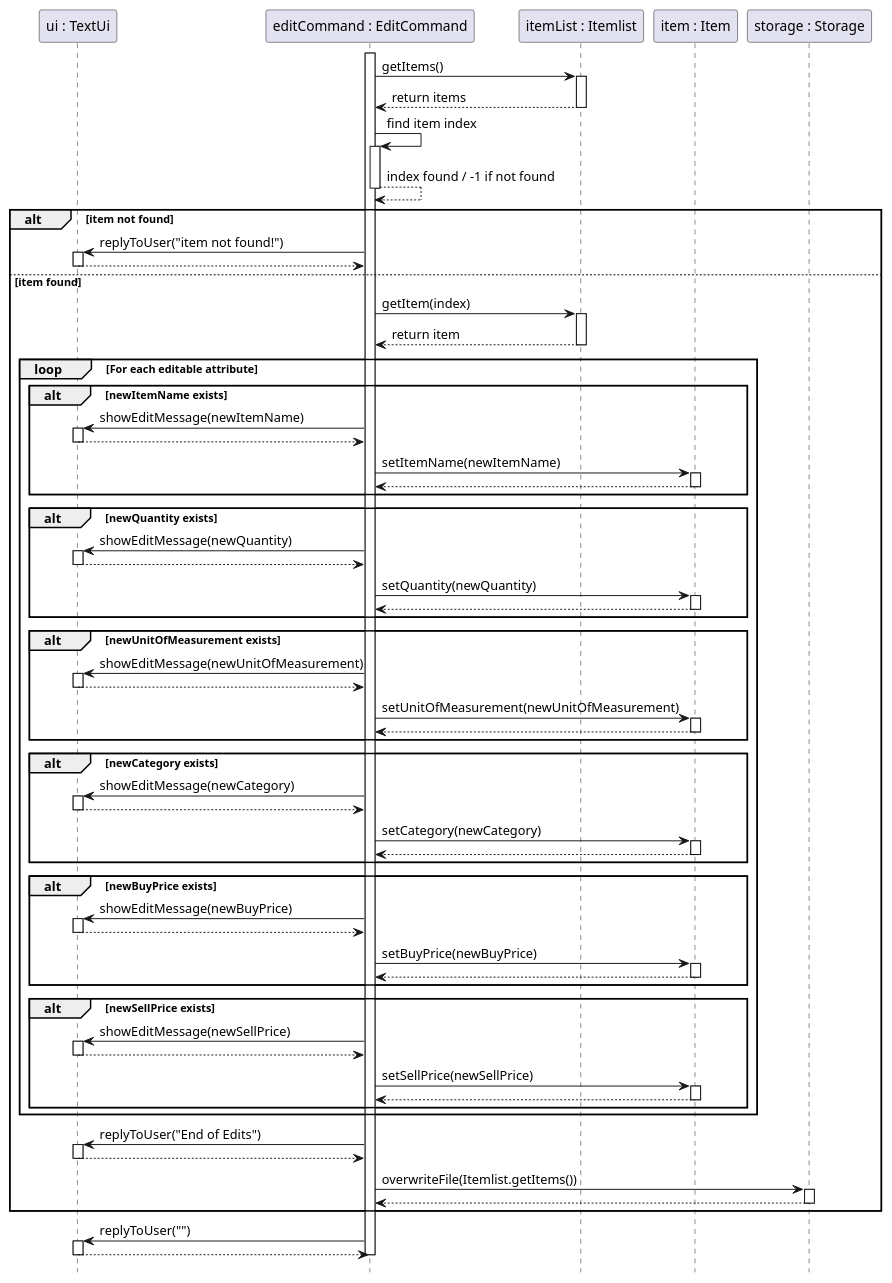
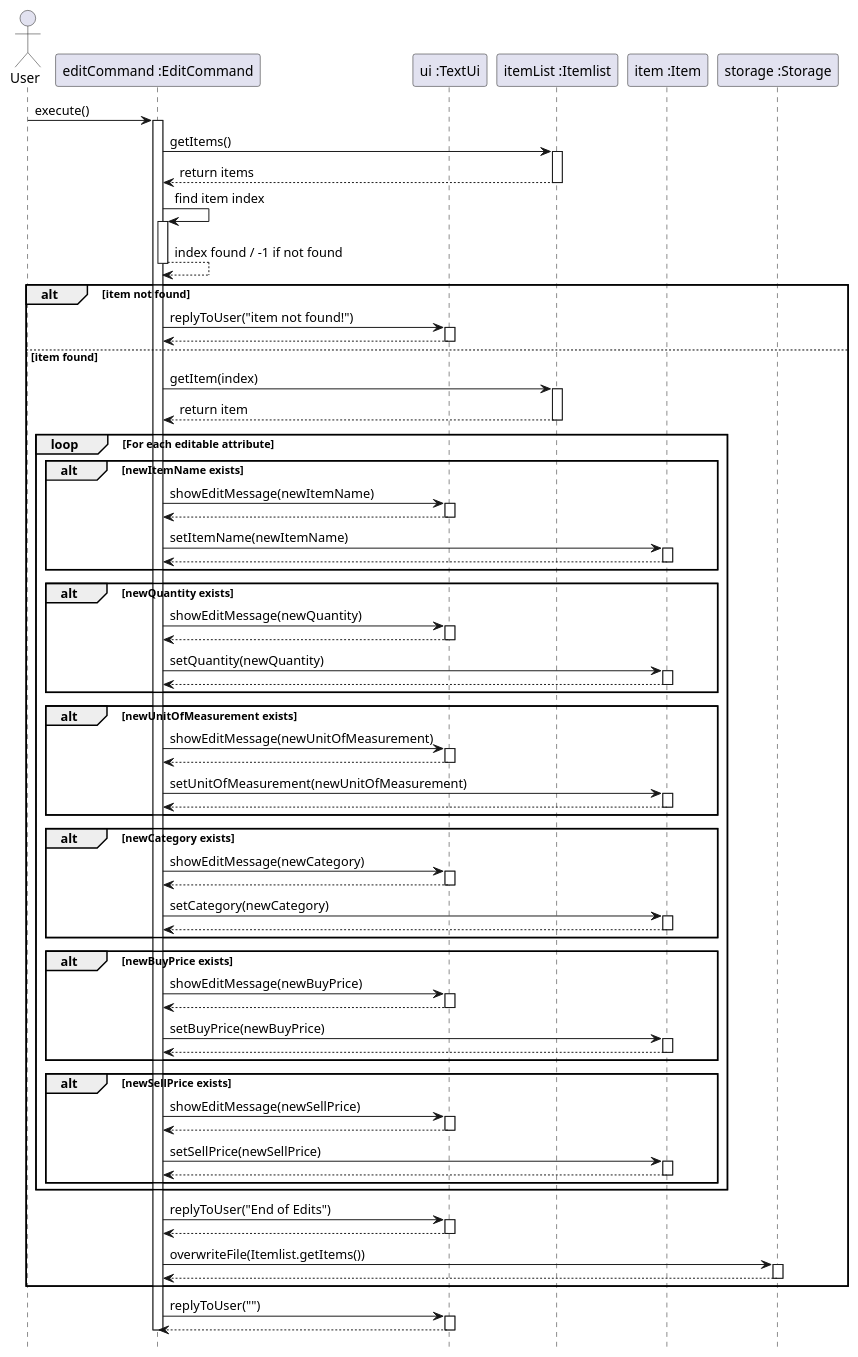
The diagram in docs/Diagrams/PUML files/Itemlist/EditCommand_SequenceDiagram.puml (LowTL/tp), drawn with PlantUML before and after one commit. The commit also changed 5 other files, not shown here.

```diff
--- a/docs/Diagrams/PUML files/Itemlist/EditCommand_SequenceDiagram.puml
+++ b/docs/Diagrams/PUML files/Itemlist/EditCommand_SequenceDiagram.puml
@@ -1,112 +1,114 @@
 @startuml
-participant "ui : TextUi" as UI
-participant "editCommand : EditCommand" as EditCommand
-participant "itemList : Itemlist" as Itemlist
-participant "item : Item" as Item
-participant "storage : Storage" as Storage
+actor User
+participant "editCommand :EditCommand" as EditCommand
+participant "ui :TextUi" as UI
+participant "itemList :Itemlist" as Itemlist
+participant "item :Item" as Item
+participant "storage :Storage" as Storage
 
+User -> EditCommand : execute()
 activate EditCommand
 
 EditCommand -> Itemlist : getItems()
 activate Itemlist
 Itemlist --> EditCommand : return items
 deactivate Itemlist
 
 EditCommand -> EditCommand : find item index
 activate EditCommand
 EditCommand --> EditCommand : index found / -1 if not found
 deactivate EditCommand
 
 alt item not found
     EditCommand -> UI : replyToUser("item not found!")
     activate UI
     UI --> EditCommand
     deactivate UI
 else item found
     EditCommand -> Itemlist : getItem(index)
     activate Itemlist
     Itemlist --> EditCommand : return item
     deactivate Itemlist
 
     loop For each editable attribute
         alt newItemName exists
             EditCommand -> UI : showEditMessage(newItemName)
             activate UI
             UI --> EditCommand
             deactivate UI
             EditCommand -> Item : setItemName(newItemName)
             activate Item
             Item --> EditCommand
             deactivate Item
         end
         alt newQuantity exists
             EditCommand -> UI : showEditMessage(newQuantity)
             activate UI
             UI --> EditCommand
             deactivate UI
             EditCommand -> Item : setQuantity(newQuantity)
             activate Item
             Item --> EditCommand
             deactivate Item
         end
         alt newUnitOfMeasurement exists
             EditCommand -> UI : showEditMessage(newUnitOfMeasurement)
             activate UI
             UI --> EditCommand
             deactivate UI
             EditCommand -> Item : setUnitOfMeasurement(newUnitOfMeasurement)
             activate Item
             Item --> EditCommand
             deactivate Item
         end
             alt newCategory exists
             EditCommand -> UI : showEditMessage(newCategory)
             activate UI
             UI --> EditCommand
             deactivate UI
             EditCommand -> Item : setCategory(newCategory)
             activate Item
             Item --> EditCommand
             deactivate Item
         end
             alt newBuyPrice exists
             EditCommand -> UI : showEditMessage(newBuyPrice)
             activate UI
             UI --> EditCommand
             deactivate UI
             EditCommand -> Item : setBuyPrice(newBuyPrice)
             activate Item
             Item --> EditCommand
             deactivate Item
         end
             alt newSellPrice exists
             EditCommand -> UI : showEditMessage(newSellPrice)
             activate UI
             UI --> EditCommand
             deactivate UI
             EditCommand -> Item : setSellPrice(newSellPrice)
             activate Item
             Item --> EditCommand
             deactivate Item
         end
 
     end loop
 
     EditCommand -> UI : replyToUser("End of Edits")
     activate UI
     UI --> EditCommand
     deactivate UI
 
     EditCommand -> Storage : overwriteFile(Itemlist.getItems())
     activate Storage
     Storage --> EditCommand
     deactivate Storage
 end
 
 EditCommand -> UI : replyToUser("")
 activate UI
 UI --> EditCommand
 deactivate UI
 hide footbox
 deactivate EditCommand
 @enduml
```
